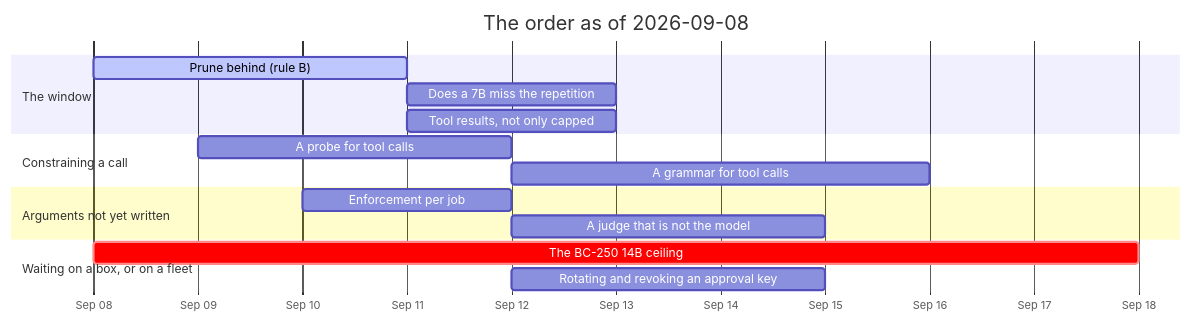
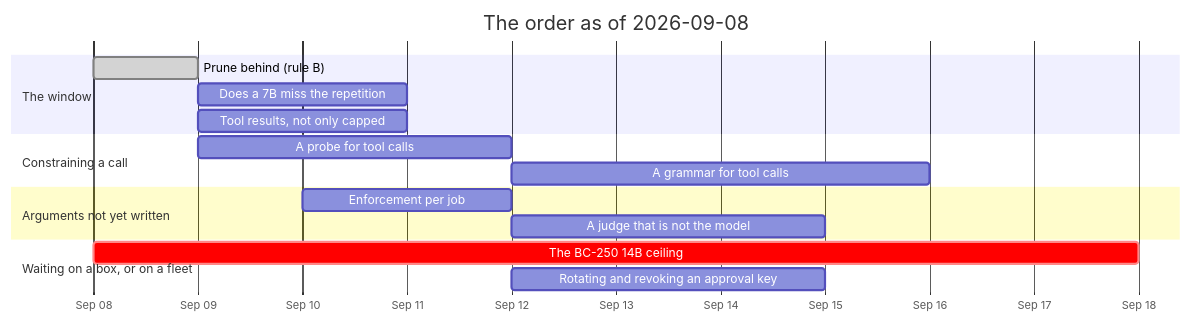
Before and after one commit to jgermade/luu: the diagram in ROADMAP/2026-09-08/README.md, drawn with Mermaid. The commit also changed other lines of this file and 16 other files, not shown here.

````diff
--- a/ROADMAP/2026-09-08/README.md
+++ b/ROADMAP/2026-09-08/README.md
@@ -50,19 +50,19 @@
 ```mermaid
 gantt
     title The order as of 2026-09-08
     dateFormat YYYY-MM-DD
     axisFormat %b %d
     section The window
-    Prune behind (rule B)                  :active, prune, 2026-09-08, 3d
+    Prune behind (rule B)                  :done, prune, 2026-09-08, 1d
     Does a 7B miss the repetition          :rep, after prune, 2d
     Tool results, not only capped          :steps, after prune, 2d
     section Constraining a call
     A probe for tool calls                 :probe, 2026-09-09, 3d
     A grammar for tool calls               :gbnf, after probe, 4d
     section Arguments not yet written
     Enforcement per job                    :enf, 2026-09-10, 2d
     A judge that is not the model          :judge, after enf, 3d
     section Waiting on a box, or on a fleet
     The BC-250 14B ceiling                 :crit, bc250, 2026-09-08, 10d
     Rotating and revoking an approval key  :keys, after enf, 3d
 ```
````
